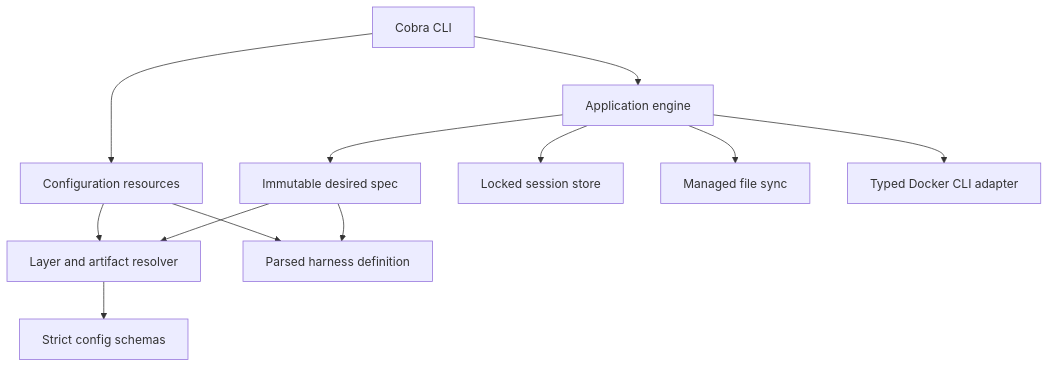
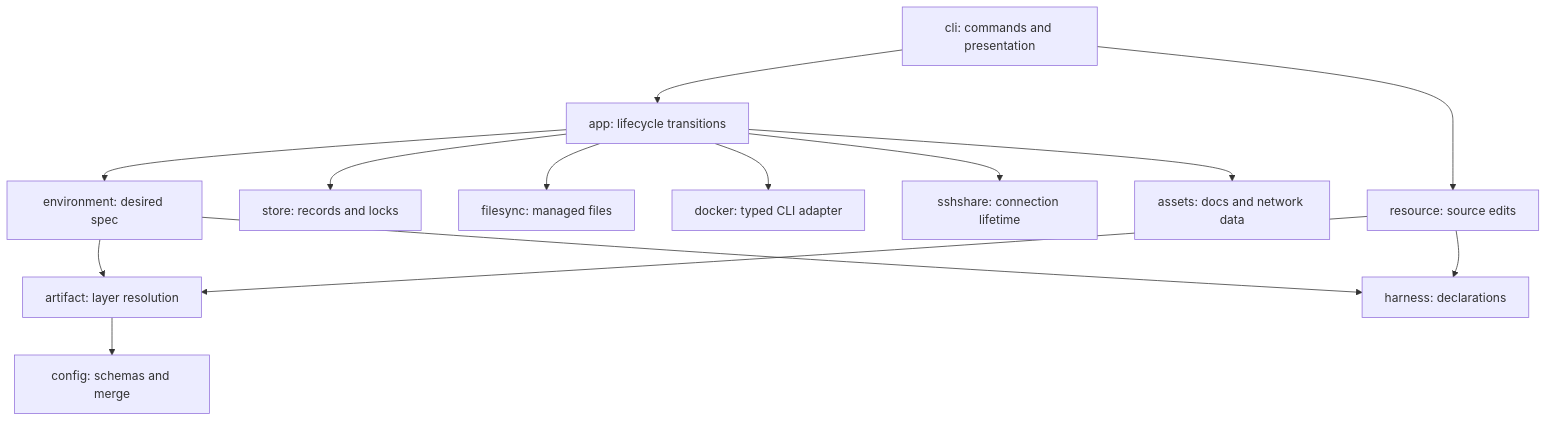
Before and after one commit to pip12345/devbox-neo: the diagram in docs/src/architecture/runtime.md, drawn with Mermaid. The commit also changed other lines of this file and 19 other files, not shown here.

Commit message:
docs: layer guides, reference, and architecture around user workflows

````diff
--- a/docs/src/architecture/runtime.md
+++ b/docs/src/architecture/runtime.md
@@ -5,14 +9,17 @@
 ```mermaid
 flowchart TD
-    CLI[Cobra CLI] --> APP[Application engine]
-    CLI --> RES[Configuration resources]
-    RES --> ART
+    CLI[cli: commands and presentation]
+    CLI --> APP[app: lifecycle transitions]
+    CLI --> RES[resource: source edits]
+    APP --> ENV[environment: desired spec]
+    RES --> ART[artifact: layer resolution]
+    ENV --> ART
+    ART --> CFG[config: schemas and merge]
+    ENV --> HAR[harness: declarations]
     RES --> HAR
-    APP --> ENV[Immutable desired spec]
-    ENV --> ART[Layer and artifact resolver]
-    ART --> CFG[Strict config schemas]
-    ENV --> HAR[Parsed harness definition]
-    APP --> STORE[Locked session store]
-    APP --> SYNC[Managed file sync]
-    APP --> DK[Typed Docker CLI adapter]
+    APP --> STORE[store: records and locks]
+    APP --> SYNC[filesync: managed files]
+    APP --> DK[docker: typed CLI adapter]
+    APP --> SSH[sshshare: connection lifetime]
+    APP --> ASSET[assets: docs and network data]
 ```
````
